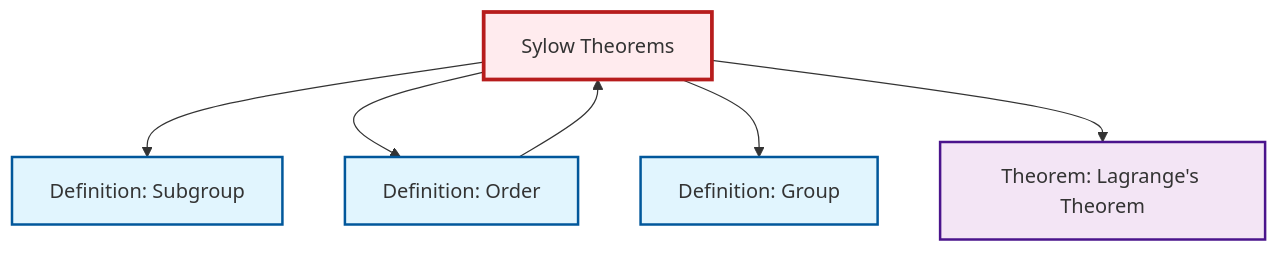
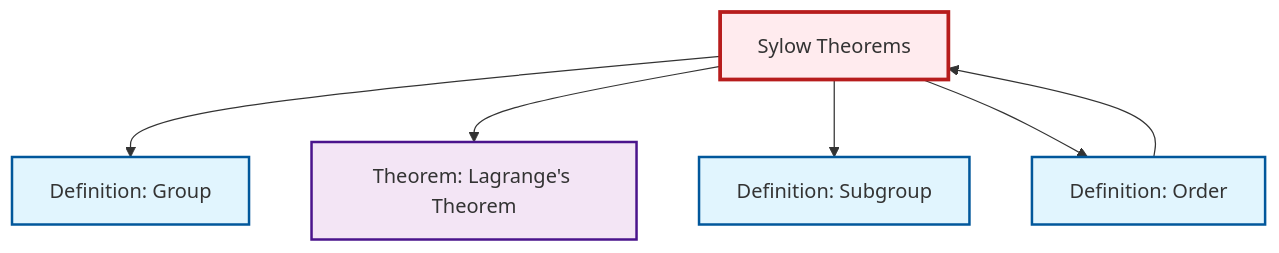
Before and after one commit to RK0429/ModernMath: the diagram in content/ja/algebra/thm-sylow.qmd, drawn with Mermaid. The commit also changed other lines of this file and 634 other files, not shown here.

````diff
--- a/content/ja/algebra/thm-sylow.qmd
+++ b/content/ja/algebra/thm-sylow.qmd
@@ -86,24 +86,24 @@
 ```{mermaid}
 %%| fig-cap: "Local dependency graph"
 graph TD
     classDef definition fill:#e1f5fe,stroke:#01579b,stroke-width:2px
     classDef theorem fill:#f3e5f5,stroke:#4a148c,stroke-width:2px
     classDef axiom fill:#fff3e0,stroke:#e65100,stroke-width:2px
     classDef example fill:#e8f5e9,stroke:#1b5e20,stroke-width:2px
     classDef current fill:#ffebee,stroke:#b71c1c,stroke-width:3px
+    def-group["Definition: Group"]:::definition
     thm-lagrange["Theorem: Lagrange's Theorem"]:::theorem
-    def-group["Definition: Group"]:::definition
     def-subgroup["Definition: Subgroup"]:::definition
     thm-sylow["Sylow Theorems"]:::theorem
     def-order["Definition: Order"]:::definition
+    thm-sylow --> def-group
+    def-order --> thm-sylow
+    thm-sylow --> thm-lagrange
     thm-sylow --> def-subgroup
     thm-sylow --> def-order
-    thm-sylow --> def-group
-    thm-sylow --> thm-lagrange
-    def-order --> thm-sylow
     class thm-sylow current
+    click def-group "def-group.html" "Definition: Groupへ"
     click thm-lagrange "thm-lagrange.html" "Theorem: Lagrange's Theoremへ"
-    click def-group "def-group.html" "Definition: Groupへ"
     click def-subgroup "def-subgroup.html" "Definition: Subgroupへ"
     click def-order "def-order.html" "Definition: Orderへ"
 ```
````
